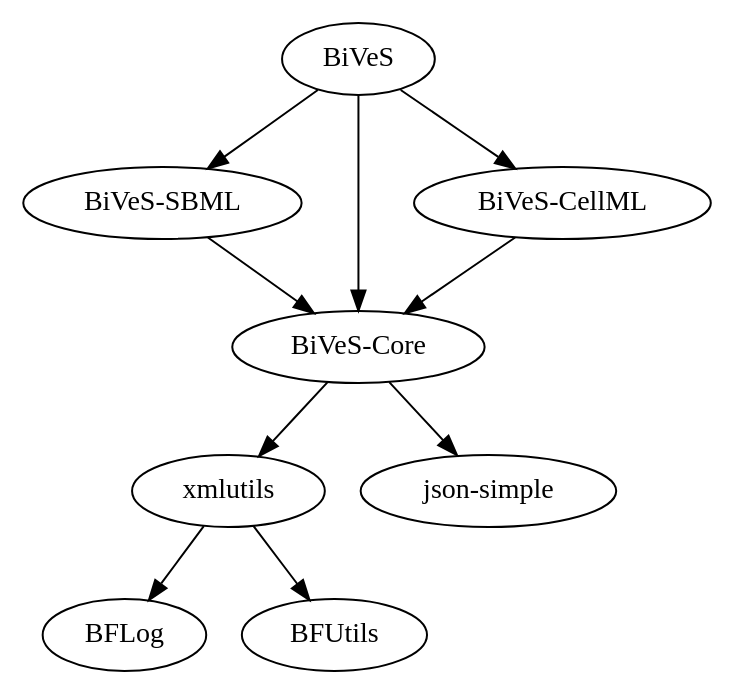
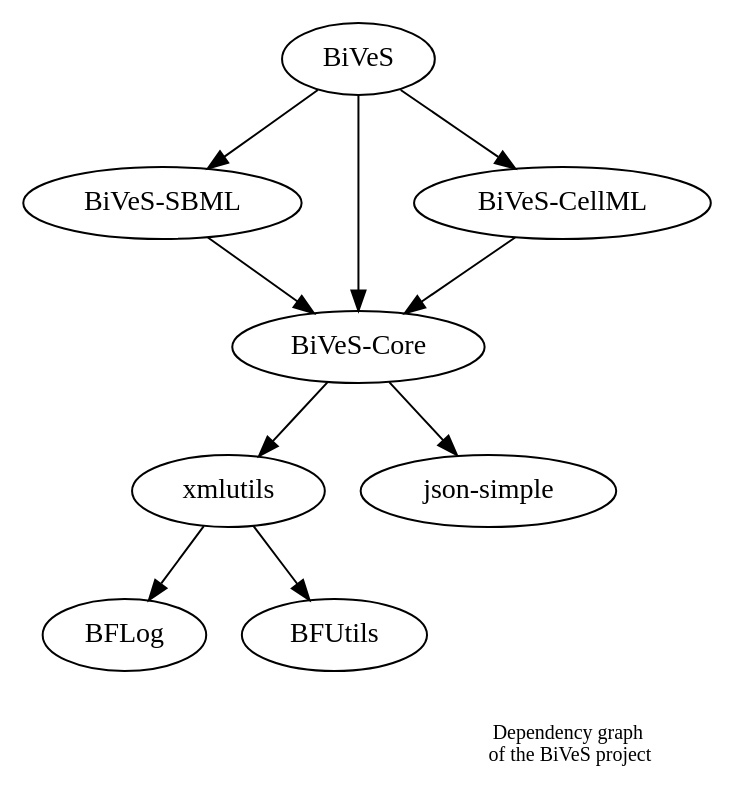
The diagram in doc/dependency-graph.dot (binfalse/BiVeS), drawn with Graphviz before and after one commit. The commit also changed 1 other file, not shown here.

Commit message:
updated the dependency graph: added caption

```diff
--- a/doc/dependency-graph.dot
+++ b/doc/dependency-graph.dot
@@ -1,26 +1,31 @@
 digraph g
 {
 	bflog [label="BFLog"];
 	bfutils [label="BFUtils"];
 	xmlutils [label="xmlutils"];
 	json [label="json-simple"];
 	sbml [label="BiVeS-SBML"];
 	core [label="BiVeS-Core"];
 	cellml [label="BiVeS-CellML"];
 	fw [label="BiVeS"];
 	
 	xmlutils -> bflog;
 	xmlutils -> bfutils;
 	
 	core -> xmlutils;
 	core -> json;
 	
 	sbml -> core;
 	cellml-> core;
 	
 	fw -> sbml;
 	fw -> core;
 	fw -> cellml;
 	
 	{ rank=same; sbml cellml }
+	
+	label=<<br/> <br/>Dependency graph<br/> of the BiVeS project>;
+	labelloc=br;
+	labeljust=right;
+	fontsize=10;
 }
```
